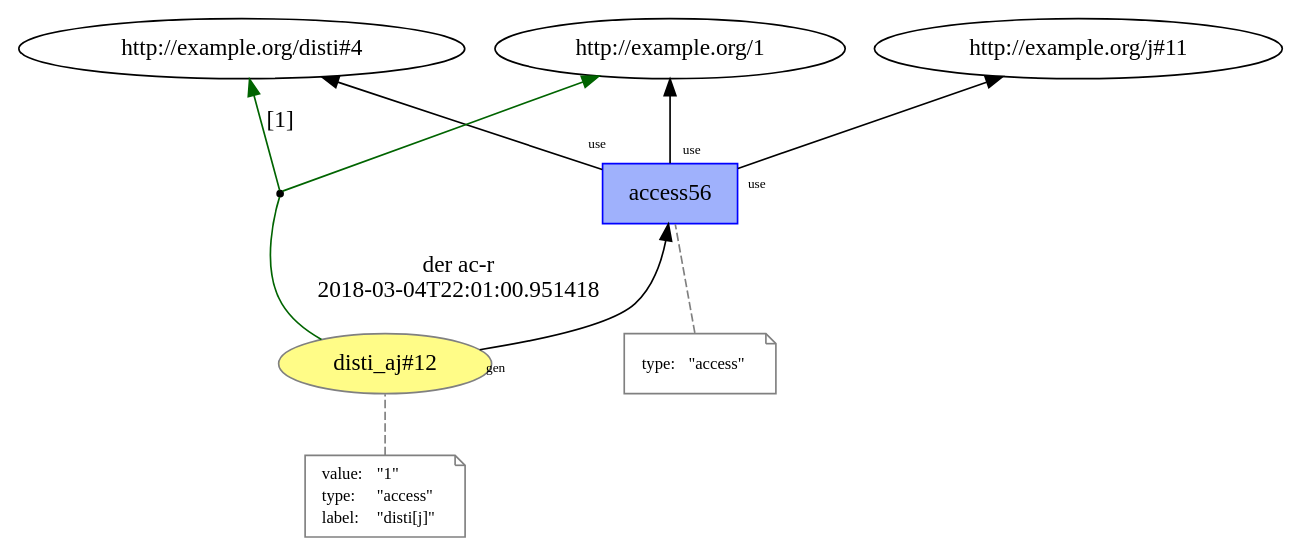
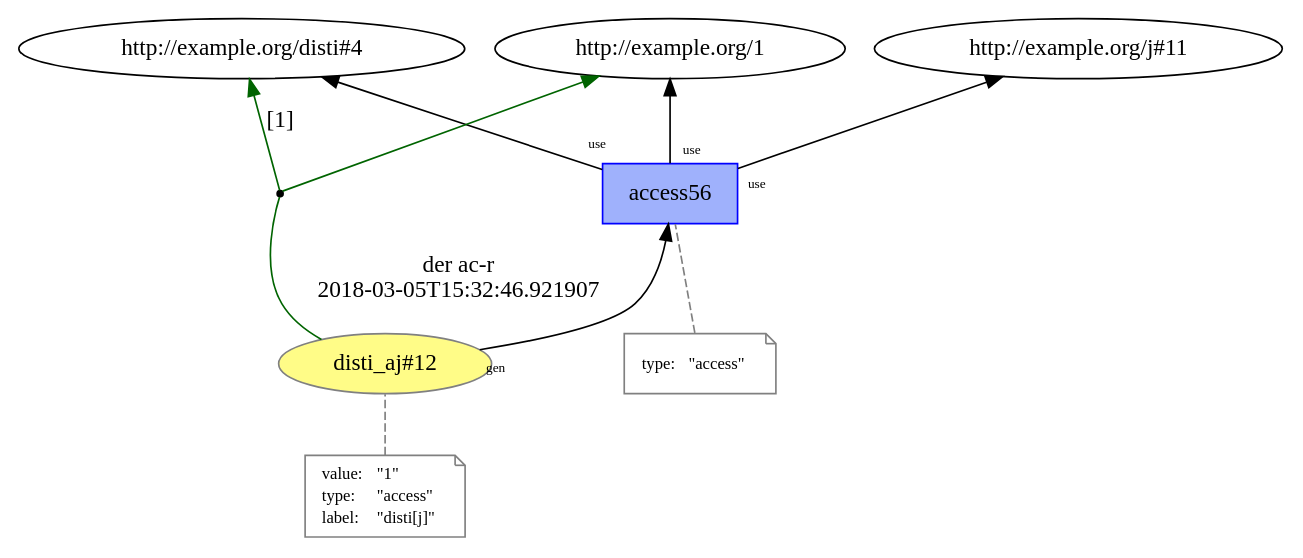
The diagram in images/intertwined_prov/temp/L15__access_11.dot (dew-uff/versioned-prov), drawn with Graphviz before and after one commit. The commit also changed 1735 other files, not shown here.

```diff
--- a/images/intertwined_prov/temp/L15__access_11.dot
+++ b/images/intertwined_prov/temp/L15__access_11.dot
@@ -1,35 +1,35 @@
 digraph "PROV" { size="16,12"; rankdir="BT";
 "http://example.org/disti_aj#12" [fillcolor="#FFFC87",color="#808080",style="filled",label="disti_aj#12",URL="http://example.org/disti_aj#12"]
 "-attrs0" [color="gray",shape="note",fontsize="10",fontcolor="black",label=<<TABLE cellpadding="0" border="0">
 	<TR>
 	    <TD align="left">value:</TD>
 	    <TD align="left">&quot;1&quot;</TD>
 	</TR>
 	<TR>
 	    <TD align="left">type:</TD>
 	    <TD align="left">&quot;access&quot;</TD>
 	</TR>
 	<TR>
 	    <TD align="left">label:</TD>
 	    <TD align="left">&quot;disti[j]&quot;</TD>
 	</TR>
 </TABLE>>]
 "-attrs0" -> "http://example.org/disti_aj#12" [color="gray",style="dashed",arrowhead="none"]
 "http://example.org/access56" [fillcolor="#9FB1FC",color="#0000FF",shape="polygon",sides="4",style="filled",label="access56",URL="http://example.org/access56"]
 "-attrs1" [color="gray",shape="note",fontsize="10",fontcolor="black",label=<<TABLE cellpadding="0" border="0">
 	<TR>
 	    <TD align="left">type:</TD>
 	    <TD align="left">&quot;access&quot;</TD>
 	</TR>
 </TABLE>>]
 "-attrs1" -> "http://example.org/access56" [color="gray",style="dashed",arrowhead="none"]
 "http://example.org/access56" -> "http://example.org/1" [labelfontsize="8",labeldistance="1.5",labelangle="60.0",rotation="20",taillabel="use"]
 "bn0" [shape="point",label=""]
-"http://example.org/disti_aj#12" -> "bn0" [arrowhead="none",color="darkgreen",label="der ac-r
-2018-03-04T22:01:00.951418"]
+"http://example.org/disti_aj#12" -> "bn0" [arrowhead="none",label="der ac-r
+2018-03-05T15:32:46.921907",color="darkgreen"]
 "bn0" -> "http://example.org/disti#4" [labelfontsize="8",labeldistance="1.5",color="darkgreen",labelangle="60.0",rotation="20",label="[1]"]
 "bn0" -> "http://example.org/1" [color="darkgreen"]
 "http://example.org/disti_aj#12" -> "http://example.org/access56" [labelfontsize="8",labeldistance="1.5",labelangle="60.0",rotation="20",taillabel="gen"]
 "http://example.org/access56" -> "http://example.org/disti#4" [labelfontsize="8",labeldistance="1.5",labelangle="60.0",rotation="20",taillabel="use"]
 "http://example.org/access56" -> "http://example.org/j#11" [labelfontsize="8",labeldistance="1.5",labelangle="60.0",rotation="20",taillabel="use"]
 }
```
